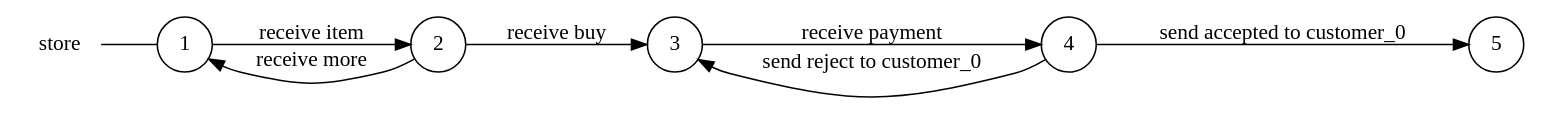
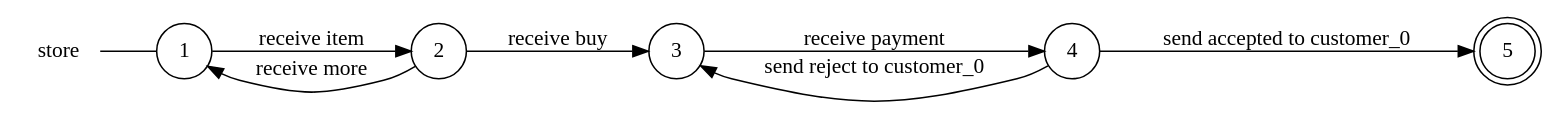
One commit to gabrielegenovese/chorer changed the diagram in examples/customer/store_local_view.dot. Above: the diagram before and after it, drawn with Graphviz. The commit also changed 36 other files, not shown here.

```diff
--- a/examples/customer/store_local_view.dot
+++ b/examples/customer/store_local_view.dot
@@ -1,17 +1,17 @@
 digraph store {
 	rankdir="LR";
 	n_0 [label="store", shape="plaintext"];
-	n_1 [id="5", shape=circle, label="4"];
+	n_1 [id="6", shape=circle, label="4"];
 	n_2 [id="1", shape=circle, label="1"];
 	n_0 -> n_2 [arrowhead=none];
-	n_3 [id="2", shape=circle, label="2"];
-	n_4 [id="4", shape=circle, label="3"];
-	n_5 [id="7", shape=circle, label="5"];
+	n_3 [id="2", shape=circle, label="3"];
+	n_4 [id="7", shape=doublecircle, label="5"];
+	n_5 [id="3", shape=circle, label="2"];
 
-	n_3 -> n_2 [id="[$e|9]", label="receive more"];
-	n_1 -> n_5 [id="[$e|4]", label="send accepted to customer_0"];
-	n_4 -> n_1 [id="[$e|2]", label="receive payment"];
-	n_3 -> n_4 [id="[$e|7]", label="receive buy"];
-	n_2 -> n_3 [id="[$e|3]", label="receive item"];
-	n_1 -> n_4 [id="[$e|8]", label="send reject to customer_0"];
+	n_1 -> n_4 [id="[$e|5]", label="send accepted to customer_0"];
+	n_5 -> n_3 [id="[$e|9]", label="receive buy"];
+	n_2 -> n_5 [id="[$e|3]", label="receive item"];
+	n_1 -> n_3 [id="[$e|4]", label="send reject to customer_0"];
+	n_5 -> n_2 [id="[$e|8]", label="receive more"];
+	n_3 -> n_1 [id="[$e|7]", label="receive payment"];
 }
```
